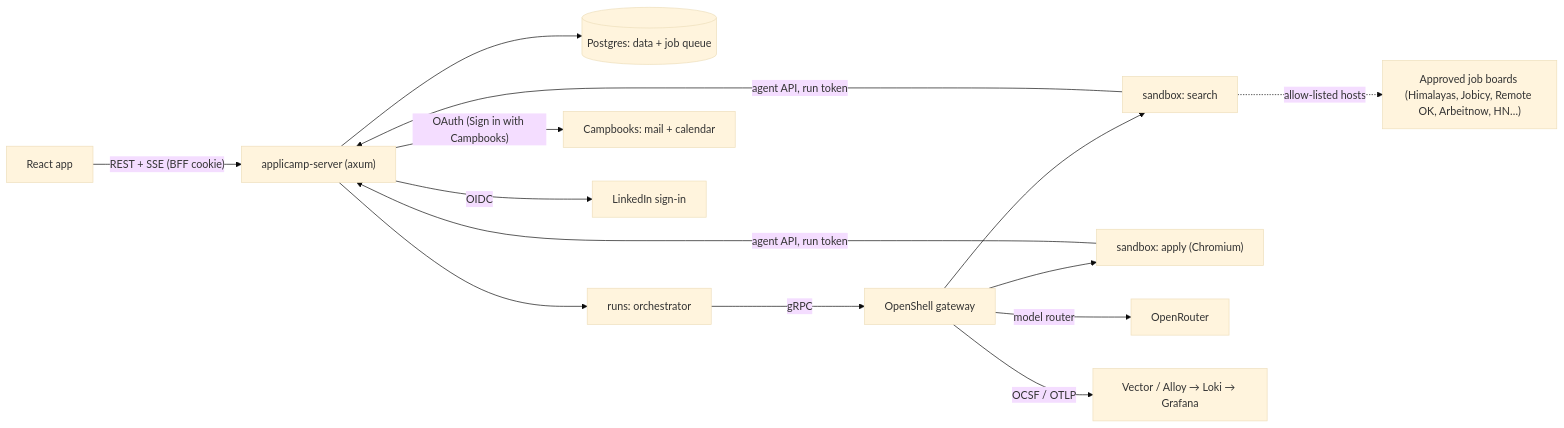
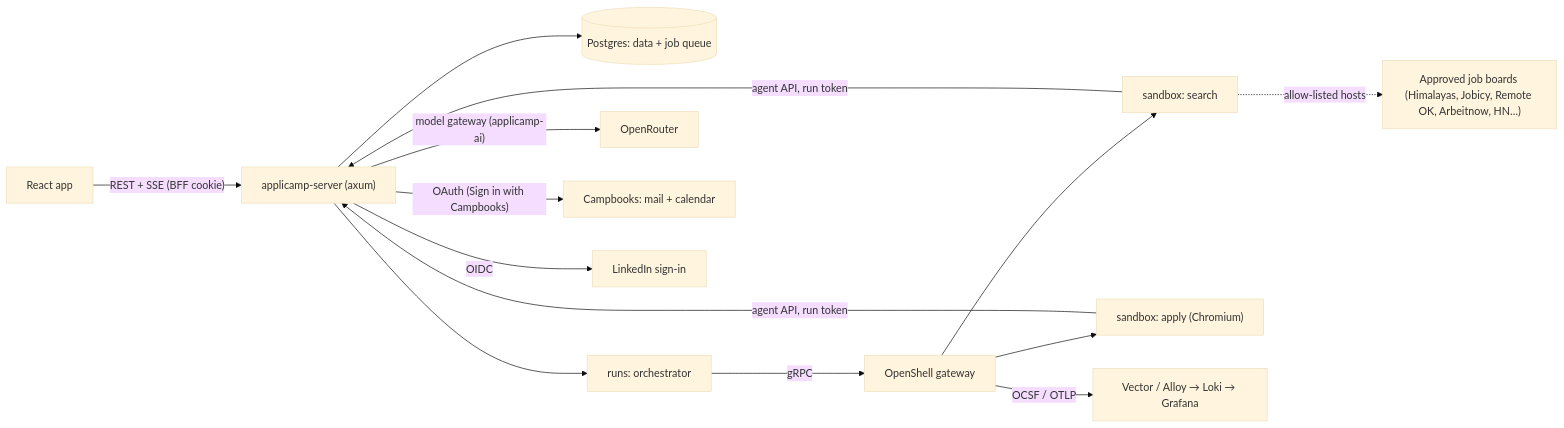
The diagram in docs/architecture.md (notacamp/applicamp), drawn with Mermaid (base theme) before and after one commit. The commit also changed other lines of this file and 6 other files, not shown here.

````diff
--- a/docs/architecture.md
+++ b/docs/architecture.md
@@ -8,16 +8,16 @@
 ```mermaid
 flowchart LR
   UI["React app"] -- "REST + SSE (BFF cookie)" --> API["applicamp-server (axum)"]
   API --> PG[("Postgres: data + job queue")]
   API --> ORCH["runs: orchestrator"]
   ORCH -- "gRPC" --> GW["OpenShell gateway"]
   GW --> S1["sandbox: search"]
   GW --> S2["sandbox: apply (Chromium)"]
   S1 -. "allow-listed hosts" .-> ATS["Approved job boards (Himalayas, Jobicy, Remote OK, Arbeitnow, HN…)"]
   S1 -- "agent API, run token" --> API
   S2 -- "agent API, run token" --> API
-  GW -- "model router" --> OR["OpenRouter"]
+  API -- "model gateway (applicamp-ai)" --> OR["OpenRouter"]
   API -- "OAuth (Sign in with Campbooks)" --> CB["Campbooks: mail + calendar"]
   API -- "OIDC" --> LI["LinkedIn sign-in"]
   GW -- "OCSF / OTLP" --> LOKI["Vector / Alloy → Loki → Grafana"]
 ```
````
